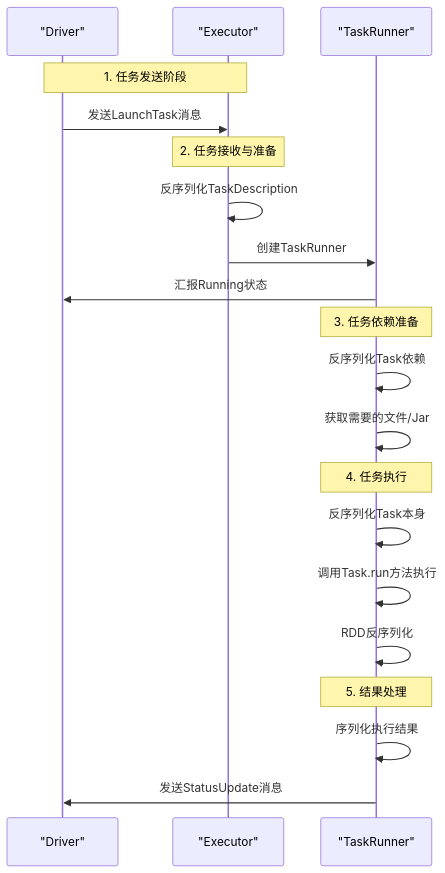
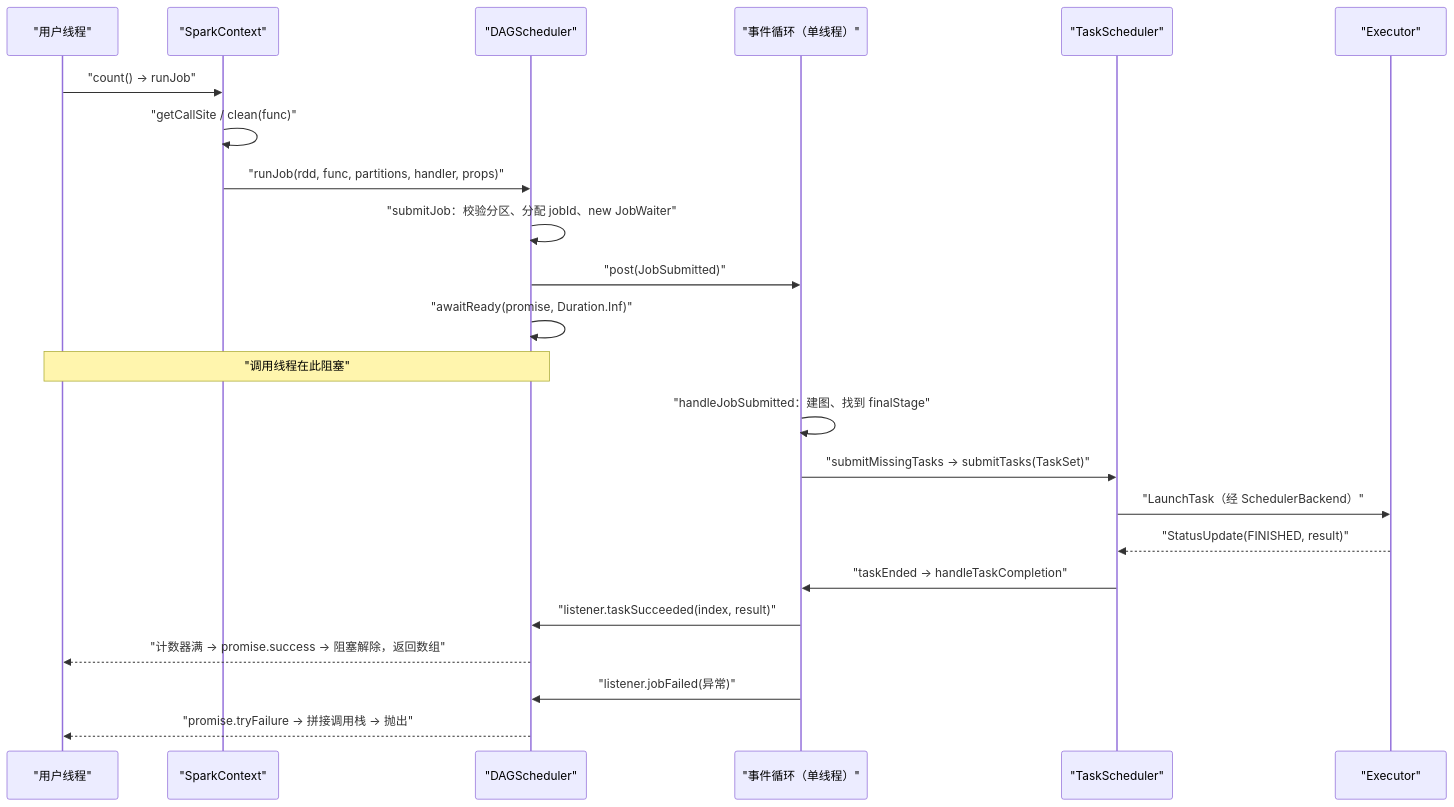
The second of 5 diagrams in content/大数据/Spark/读书笔记-spark内核/03_调度与执行机制/9. Spark_Job生命周期详解.md (hpliStartAgain/my-brain), drawn with Mermaid before and after one commit. The commit also changed other lines of this file and 259 other files, not shown here.

````diff
--- a/content/大数据/Spark/读书笔记-spark内核/03_调度与执行机制/9. Spark_Job生命周期详解.md
+++ b/content/大数据/Spark/读书笔记-spark内核/03_调度与执行机制/9. Spark_Job生命周期详解.md
@@ -190,27 +204,26 @@
 ```mermaid
+%%{init: {'theme': 'dracula'}}%%
 sequenceDiagram
-    participant D as "Driver"
+    participant U as "用户线程"
+    participant SC as "SparkContext"
+    participant DS as "DAGScheduler"
+    participant EL as "事件循环（单线程）"
+    participant TS as "TaskScheduler"
     participant E as "Executor"
-    participant T as "TaskRunner"
-    
-    Note over D,E: 1. 任务发送阶段
-    D->>E: 发送LaunchTask消息
-    
-    Note over E: 2. 任务接收与准备
-    E->>E: 反序列化TaskDescription
-    E->>T: 创建TaskRunner
-    T->>D: 汇报Running状态
-    
-    Note over T: 3. 任务依赖准备
-    T->>T: 反序列化Task依赖
-    T->>T: 获取需要的文件/Jar
-    
-    Note over T: 4. 任务执行
-    T->>T: 反序列化Task本身
-    T->>T: 调用Task.run方法执行
-    T->>T: RDD反序列化
-    
-    Note over T: 5. 结果处理
-    T->>T: 序列化执行结果
-    T->>D: 发送StatusUpdate消息
+    U->>SC: "count() → runJob"
+    SC->>SC: "getCallSite / clean(func)"
+    SC->>DS: "runJob(rdd, func, partitions, handler, props)"
+    DS->>DS: "submitJob：校验分区、分配 jobId、new JobWaiter"
+    DS->>EL: "post(JobSubmitted)"
+    DS->>DS: "awaitReady(promise, Duration.Inf)"
+    Note over U,DS: "调用线程在此阻塞"
+    EL->>EL: "handleJobSubmitted：建图、找到 finalStage"
+    EL->>TS: "submitMissingTasks → submitTasks(TaskSet)"
+    TS->>E: "LaunchTask（经 SchedulerBackend）"
+    E-->>TS: "StatusUpdate(FINISHED, result)"
+    TS->>EL: "taskEnded → handleTaskCompletion"
+    EL->>DS: "listener.taskSucceeded(index, result)"
+    DS-->>U: "计数器满 → promise.success → 阻塞解除，返回数组"
+    EL->>DS: "listener.jobFailed(异常)"
+    DS-->>U: "promise.tryFailure → 拼接调用栈 → 抛出"
 ```
````
